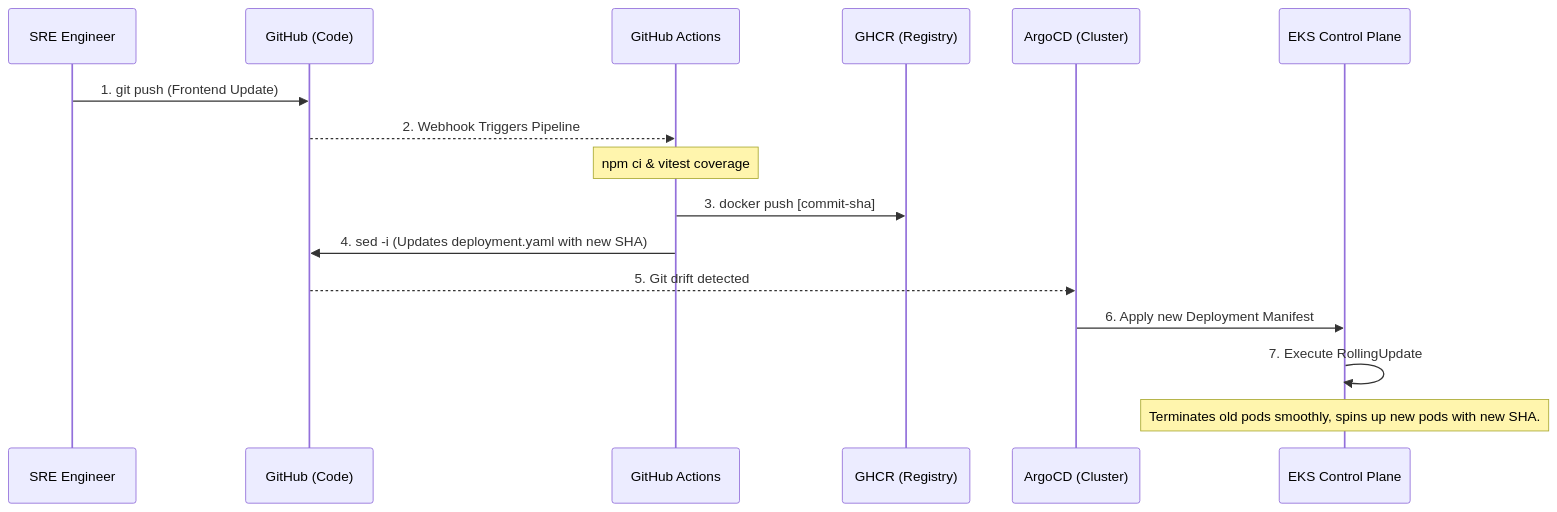
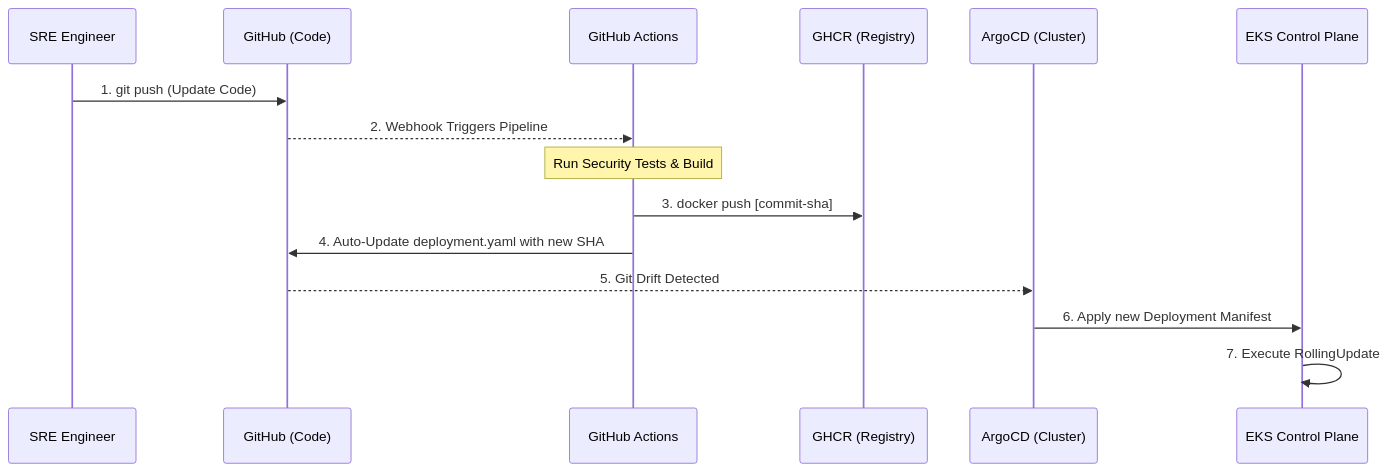
The third of 4 diagrams in docs/report/Cloud_Sentinel_Final_Report.md (charan21042005/cloud-sentinel-platform), drawn with Mermaid before and after one commit. The commit also changed other lines of this file, not shown here.

````diff
--- a/docs/report/Cloud_Sentinel_Final_Report.md
+++ b/docs/report/Cloud_Sentinel_Final_Report.md
@@ -231,19 +205,18 @@
 ```mermaid
 sequenceDiagram
     participant Dev as SRE Engineer
     participant Git as GitHub (Code)
     participant CI as GitHub Actions
     participant Reg as GHCR (Registry)
     participant Argo as ArgoCD (Cluster)
     participant K8s as EKS Control Plane
     
-    Dev->>Git: 1. git push (Frontend Update)
+    Dev->>Git: 1. git push (Update Code)
     Git-->>CI: 2. Webhook Triggers Pipeline
-    Note over CI: npm ci & vitest coverage
+    Note over CI: Run Security Tests & Build
     CI->>Reg: 3. docker push [commit-sha]
-    CI->>Git: 4. sed -i (Updates deployment.yaml with new SHA)
-    Git-->>Argo: 5. Git drift detected
+    CI->>Git: 4. Auto-Update deployment.yaml with new SHA
+    Git-->>Argo: 5. Git Drift Detected
     Argo->>K8s: 6. Apply new Deployment Manifest
     K8s->>K8s: 7. Execute RollingUpdate
-    Note over K8s: Terminates old pods smoothly, spins up new pods with new SHA.
 ```
````
